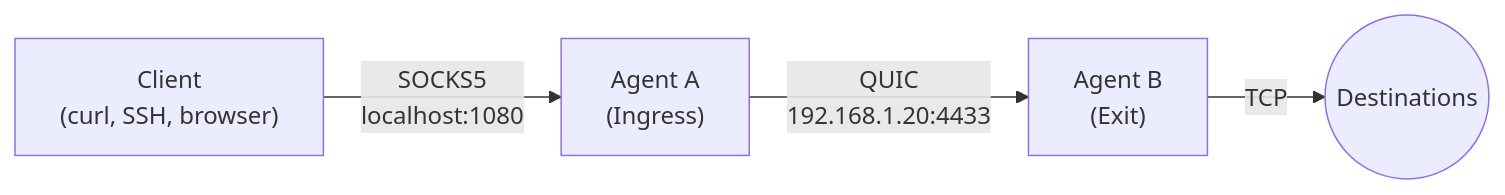
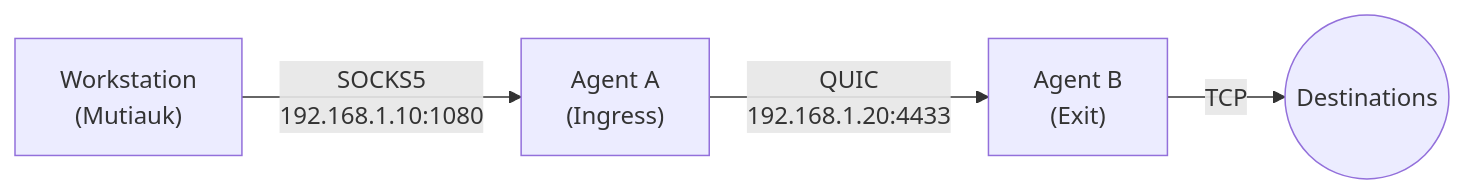
The first of 2 diagrams in docs/docs/getting-started/first-mesh.md (Muti-Metroo/Muti-Metroo), drawn with Mermaid before and after one commit. The commit also changed other lines of this file and 36 other files, not shown here.

````diff
--- a/docs/docs/getting-started/first-mesh.md
+++ b/docs/docs/getting-started/first-mesh.md
@@ -22,11 +23,11 @@
 ```mermaid
 flowchart LR
-    C["Client<br/>(curl, SSH, browser)"]
+    C["Workstation<br/>(Mutiauk)"]
     A["Agent A<br/>(Ingress)"]
     B["Agent B<br/>(Exit)"]
     I((Destinations))
 
-    C -->|"SOCKS5<br/>localhost:1080"| A
+    C -->|"SOCKS5<br/>192.168.1.10:1080"| A
     A -->|"QUIC<br/>192.168.1.20:4433"| B
     B -->|TCP| I
 ```
````
